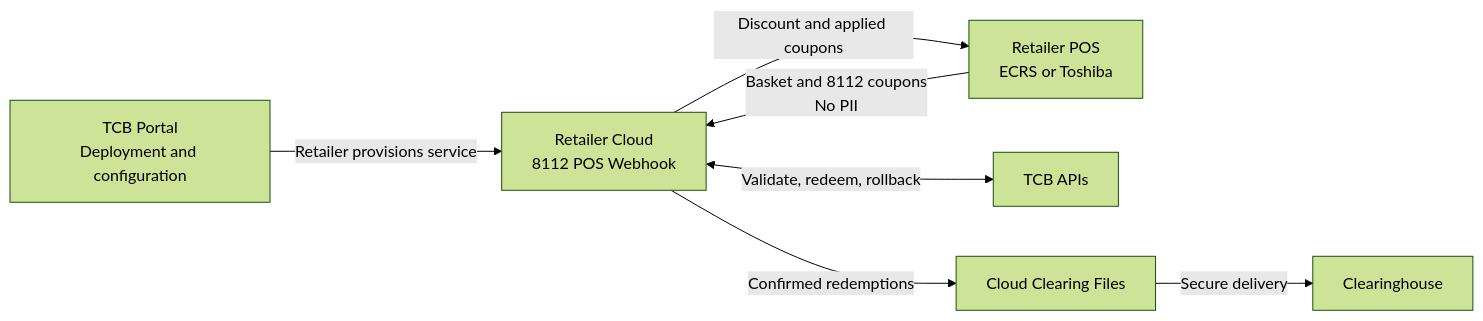
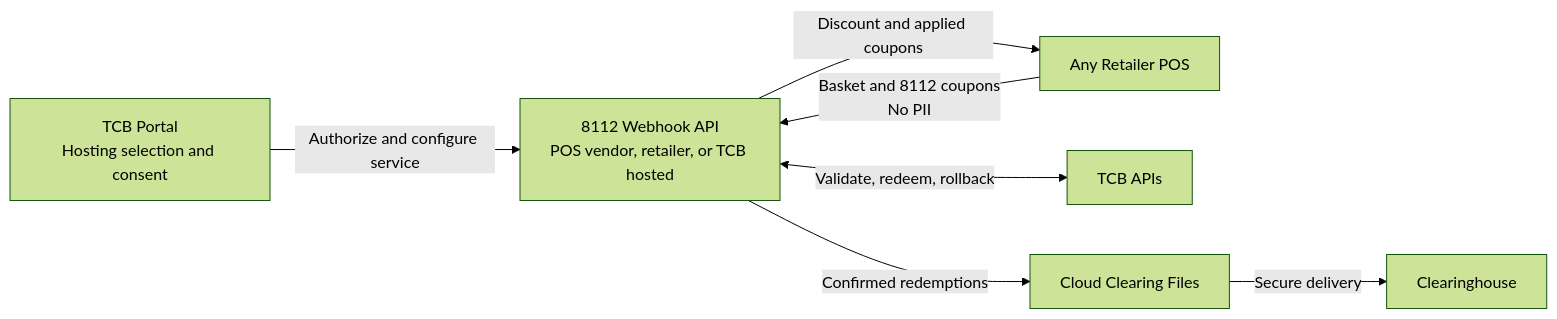
Before and after one commit to TheCouponBureau-org/basket-validation-function: the first of 2 diagrams in pos_webhook/IntegrationGuide.md, drawn with Mermaid (forest theme). The commit also changed other lines of this file, not shown here.

````diff
--- a/pos_webhook/IntegrationGuide.md
+++ b/pos_webhook/IntegrationGuide.md
@@ -19,16 +27,16 @@
 ```mermaid
 flowchart LR
-    Portal[TCB Portal<br/>Deployment and configuration]
-    POS[Retailer POS<br/>ECRS or Toshiba]
-    Webhook[Retailer Cloud<br/>8112 POS Webhook]
+    Portal[TCB Portal<br/>Hosting selection and consent]
+    POS[Any Retailer POS]
+    Webhook[8112 Webhook API<br/>POS vendor, retailer, or TCB hosted]
     TCB[TCB APIs]
     Files[Cloud Clearing Files]
     Clearinghouse[Clearinghouse]
 
-    Portal -->|Retailer provisions service| Webhook
+    Portal -->|Authorize and configure service| Webhook
     POS -->|Basket and 8112 coupons<br/>No PII| Webhook
     Webhook -->|Discount and applied coupons| POS
     Webhook <-->|Validate, redeem, rollback| TCB
     Webhook -->|Confirmed redemptions| Files
     Files -->|Secure delivery| Clearinghouse
 ```
````
